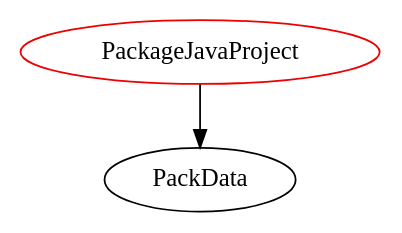
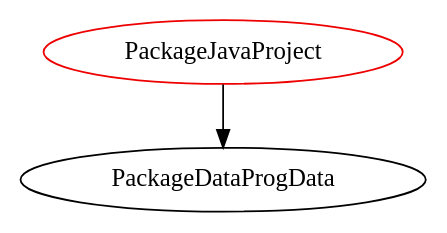
The diagram in analysis/TypeDependencyGraphs/code/PackageJavaProject.dot (JacquesCarette/Drasil), drawn with Graphviz before and after one commit. The commit also changed 253 other files, not shown here.

```diff
--- a/analysis/TypeDependencyGraphs/code/PackageJavaProject.dot
+++ b/analysis/TypeDependencyGraphs/code/PackageJavaProject.dot
@@ -1,4 +1,4 @@
 digraph packagejavaproject{
 PackageJavaProject	[shape=oval, color=red2, label="PackageJavaProject"];
-PackageJavaProject -> PackData;
+PackageJavaProject -> PackageDataProgData;
 }
```
